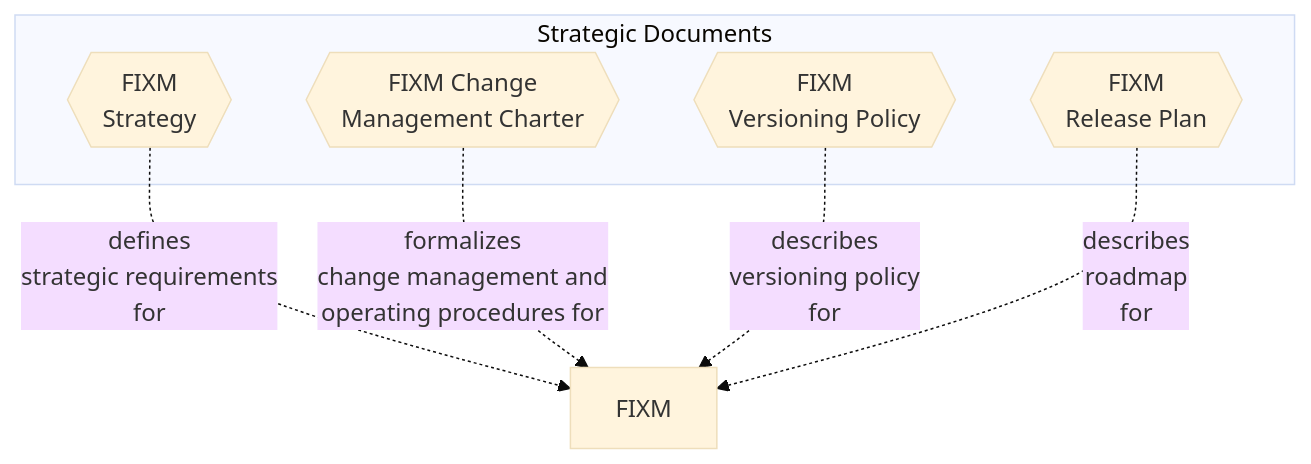
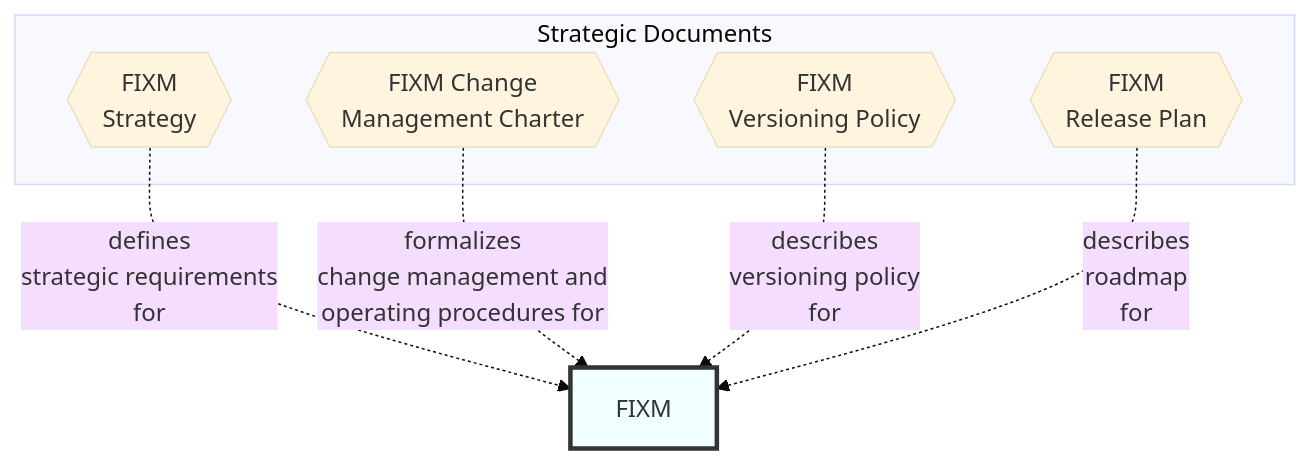
Before and after one commit to hlepori/test_docsify: the diagram in docs/home.md, drawn with Mermaid (base theme). The commit also changed other lines of this file, not shown here.

````diff
--- a/docs/home.md
+++ b/docs/home.md
@@ -5,25 +9,28 @@
 ```mermaid
 graph TD
 
 FIXM
 
 subgraph Strategic Documents
 STRATEGY{{FIXM<br>Strategy}}
 CHARTER{{FIXM Change<br>Management Charter}}
 VERSIONING{{FIXM<br>Versioning Policy}}
 RELEASEPLAN{{FIXM<br>Release Plan}}
 end
 
 STRATEGY-. defines<br>strategic requirements<br>for .-> FIXM
 CHARTER-.  formalizes<br>change management and<br>operating procedures for .-> FIXM
 VERSIONING-. describes<br>versioning policy<br>for .-> FIXM
 RELEASEPLAN-. describes<br>roadmap<br>for .-> FIXM
 
 %% style STRATEGY fill:#F0FFFF,stroke:#333,stroke-width:3px
 %% style CHARTER fill:#F0FFFF,stroke:#333,stroke-width:3px
 %% style VERSIONING fill:#F0FFFF,stroke:#333,stroke-width:3px
 %% style RELEASEPLAN fill:#F0FFFF,stroke:#333,stroke-width:3px
-%% style RELEASEPLAN fill:#F0FFFF,stroke:#333,stroke-width:3px
+style FIXM fill:#F0FFFF,stroke:#333,stroke-width:3px
 
 click STRATEGY "https://ost.eurocontrol.int/sites/FIXM/Lists/Bug%20reports/AllItems.aspx" "Browse the FIXM Strategy"
+click STRATEGY "https://ost.eurocontrol.int/sites/FIXM/Lists/Bug%20reports/AllItems.aspx" "Browse the FIXM Change Management Charter"
+click STRATEGY "https://ost.eurocontrol.int/sites/FIXM/Lists/Bug%20reports/AllItems.aspx" "Browse the FIXM Versioning Policy"
+click STRATEGY "https://ost.eurocontrol.int/sites/FIXM/Lists/Bug%20reports/AllItems.aspx" "Browse the FIXM Release Plan"
 ```
````
